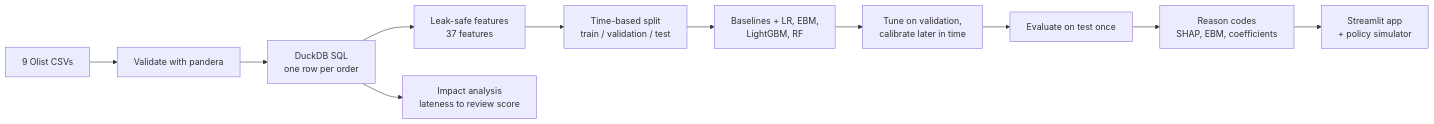
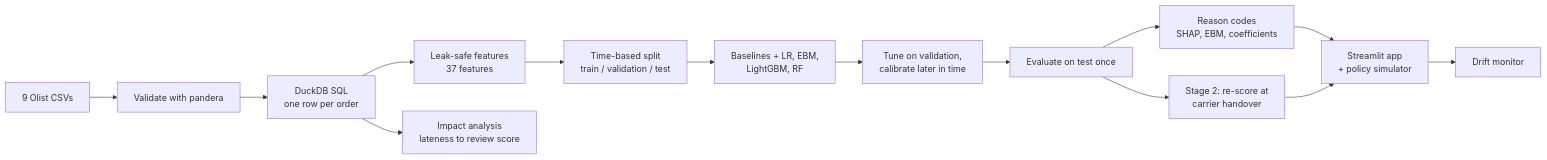
The diagram in README.md (TheInfiniteLoop22/OnTime), drawn with Mermaid before and after one commit. The commit also changed other lines of this file and 7 other files, not shown here.

````diff
--- a/README.md
+++ b/README.md
@@ -55,13 +56,16 @@
 ```mermaid
 flowchart LR
     A[9 Olist CSVs] --> B[Validate with pandera]
     B --> C[DuckDB SQL<br/>one row per order]
     C --> D[Leak-safe features<br/>37 features]
     D --> E[Time-based split<br/>train / validation / test]
     E --> F[Baselines + LR, EBM,<br/>LightGBM, RF]
     F --> G[Tune on validation,<br/>calibrate later in time]
     G --> H[Evaluate on test once]
     H --> I[Reason codes<br/>SHAP, EBM, coefficients]
+    H --> S[Stage 2: re-score at<br/>carrier handover]
     I --> J[Streamlit app<br/>+ policy simulator]
+    S --> J
+    J --> M[Drift monitor]
     C --> K[Impact analysis<br/>lateness to review score]
 ```
````
